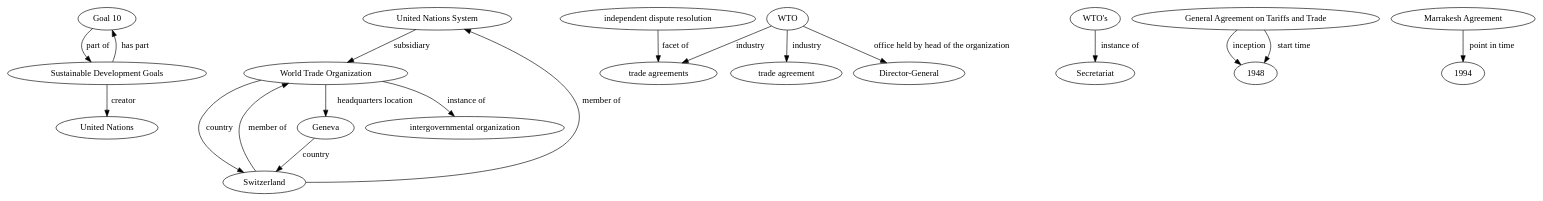
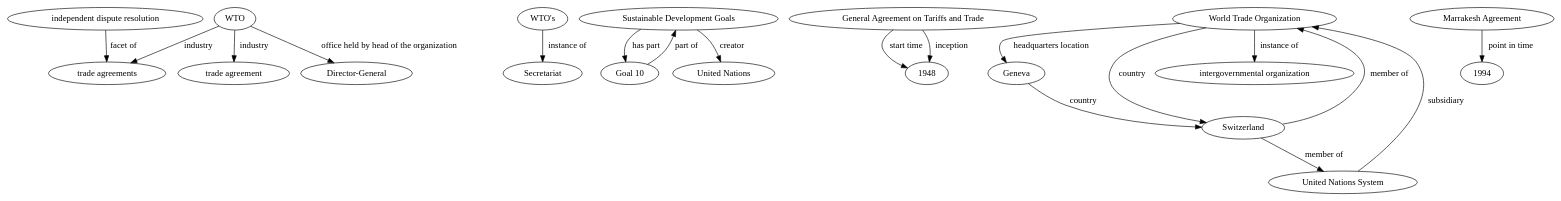
One commit to N-Shimoda/KG-MCQA changed the diagram in param-search/graphs/rebel/sent/3/World Trade Organization.dot. Above: the diagram before and after it, drawn with Graphviz. The commit also changed other lines of this file and 42 other files, not shown here.

```diff
--- a/param-search/graphs/rebel/sent/3/World Trade Organization.dot
+++ b/param-search/graphs/rebel/sent/3/World Trade Organization.dot
@@ -1,42 +1,42 @@
 digraph RDFGraph {
 	// Nodes
+	"independent dispute resolution";
+	"WTO's";
+	"Sustainable Development Goals";
+	"General Agreement on Tariffs and Trade";
+	"WTO";
+	"World Trade Organization";
 	"Goal 10";
+	"Geneva";
+	"Switzerland";
 	"United Nations System";
-	"WTO";
-	"WTO's";
-	"General Agreement on Tariffs and Trade";
 	"Marrakesh Agreement";
-	"Sustainable Development Goals";
-	"Switzerland";
-	"Geneva";
-	"independent dispute resolution";
-	"World Trade Organization";
+	"trade agreement";
+	"1994";
+	"United Nations";
+	"intergovernmental organization";
+	"Secretariat";
+	"1948";
+	"trade agreements";
 	"Director-General";
-	"intergovernmental organization";
-	"1994";
-	"trade agreements";
-	"1948";
-	"Secretariat";
-	"United Nations";
-	"trade agreement";
 
 	// Edges
-	"World Trade Organization" -> "Geneva" [label="headquarters location"];
+	"World Trade Organization" -> "intergovernmental organization" [label="instance of"];
+	"United Nations System" -> "World Trade Organization" [label="subsidiary"];
+	"World Trade Organization" -> "Switzerland" [label="country"];
 	"Switzerland" -> "World Trade Organization" [label="member of"];
 	"Switzerland" -> "United Nations System" [label="member of"];
-	"United Nations System" -> "World Trade Organization" [label="subsidiary"];
 	"Geneva" -> "Switzerland" [label="country"];
-	"World Trade Organization" -> "intergovernmental organization" [label="instance of"];
-	"World Trade Organization" -> "Switzerland" [label="country"];
+	"World Trade Organization" -> "Geneva" [label="headquarters location"];
 	"WTO" -> "trade agreement" [label="industry"];
 	"independent dispute resolution" -> "trade agreements" [label="facet of"];
 	"WTO" -> "trade agreements" [label="industry"];
+	"General Agreement on Tariffs and Trade" -> "1948" [label="start time"];
+	"General Agreement on Tariffs and Trade" -> "1948" [label="inception"];
 	"Marrakesh Agreement" -> "1994" [label="point in time"];
-	"General Agreement on Tariffs and Trade" -> "1948" [label="inception"];
-	"General Agreement on Tariffs and Trade" -> "1948" [label="start time"];
 	"WTO" -> "Director-General" [label="office held by head of the organization"];
 	"WTO's" -> "Secretariat" [label="instance of"];
 	"Sustainable Development Goals" -> "Goal 10" [label="has part"];
+	"Goal 10" -> "Sustainable Development Goals" [label="part of"];
 	"Sustainable Development Goals" -> "United Nations" [label="creator"];
-	"Goal 10" -> "Sustainable Development Goals" [label="part of"];
 }
```
